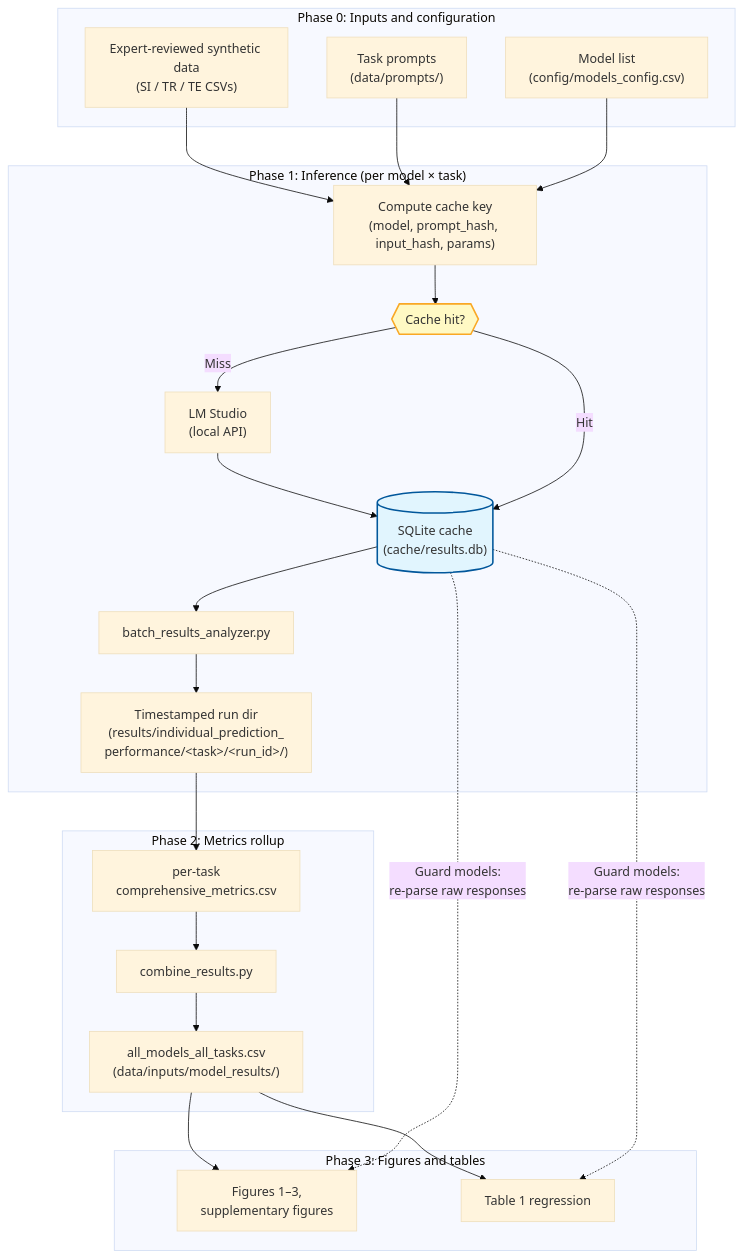
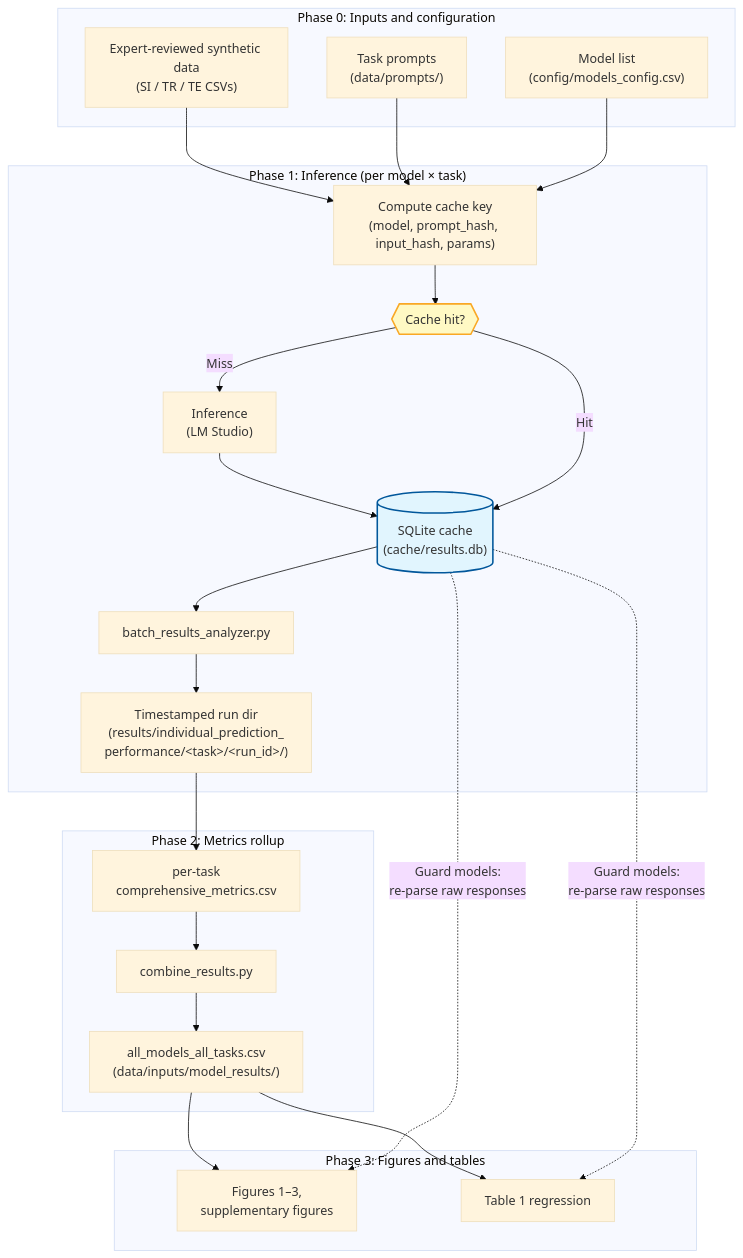
One commit to markkalinich/mental-health-finetune-analysis changed the diagram in README.md. Above: the diagram before and after it, drawn with Mermaid (base theme).

Commit message:
Diagram: rename LM Studio node to 'Inference (LM Studio)'
Made-with: Cursor

````diff
--- a/README.md
+++ b/README.md
@@ -23,36 +23,36 @@
 ```mermaid
 flowchart TB
     subgraph P0["Phase 0: Inputs and configuration"]
         data["Expert-reviewed synthetic data\n(SI / TR / TE CSVs)"]
         prompts["Task prompts\n(data/prompts/)"]
         cfg["Model list\n(config/models_config.csv)"]
     end
 
     subgraph P1["Phase 1: Inference (per model × task)"]
         data --> keygen["Compute cache key\n(model, prompt_hash, input_hash, params)"]
         prompts --> keygen
         cfg --> keygen
         keygen --> check{{"Cache hit?"}}
-        check -->|"Miss"| lms["LM Studio\n(local API)"]
+        check -->|"Miss"| lms["Inference\n(LM Studio)"]
         lms --> cache[("SQLite cache\n(cache/results.db)")]
         check -->|"Hit"| cache
         cache --> analyze["batch_results_analyzer.py"]
         analyze --> runs["Timestamped run dir\n(results/individual_prediction_\nperformance/&lt;task&gt;/&lt;run_id&gt;/)"]
     end
 
     subgraph P2["Phase 2: Metrics rollup"]
         runs --> per_task["per-task\ncomprehensive_metrics.csv"]
         per_task --> combine["combine_results.py"]
         combine --> combined["all_models_all_tasks.csv\n(data/inputs/model_results/)"]
     end
 
     subgraph P3["Phase 3: Figures and tables"]
         combined --> figs["Figures 1–3,\nsupplementary figures"]
         combined --> tab1["Table 1 regression"]
         cache -.->|"Guard models:\nre-parse raw responses"| figs
         cache -.->|"Guard models:\nre-parse raw responses"| tab1
     end
 
     style cache fill:#e1f5fe,stroke:#01579b,stroke-width:2px
     style check fill:#fff9c4,stroke:#f9a825,stroke-width:2px
 ```
````
